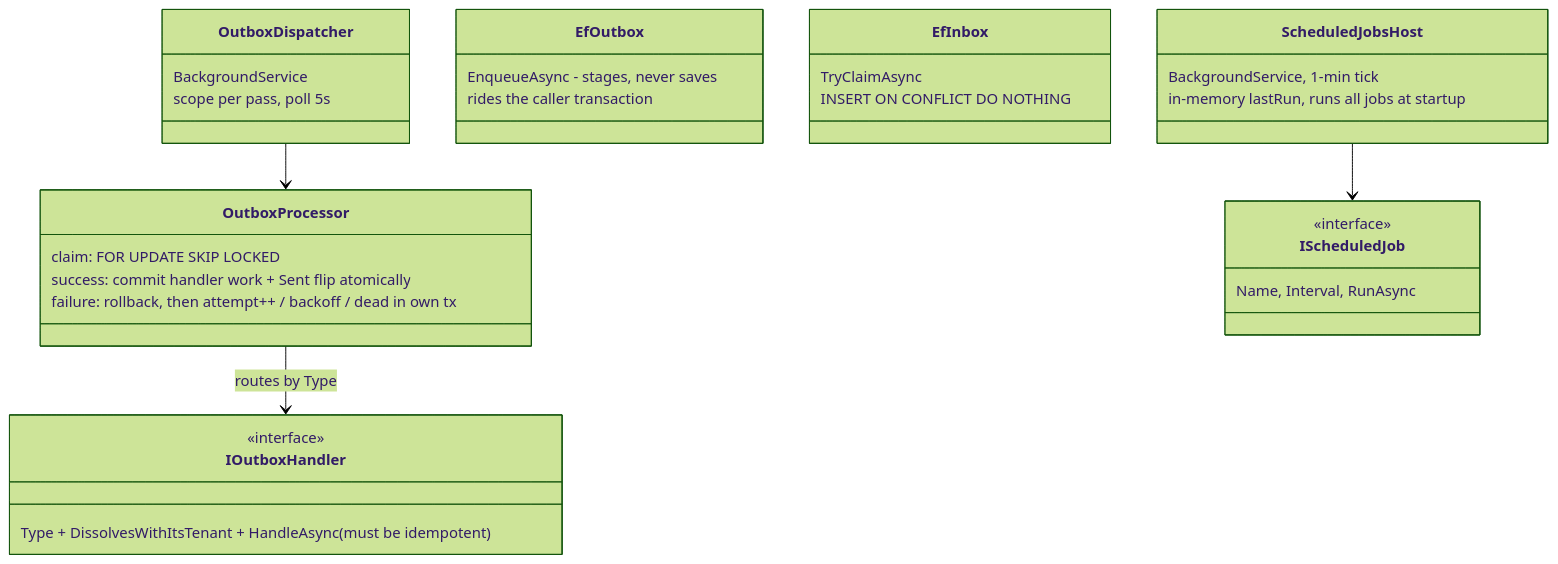
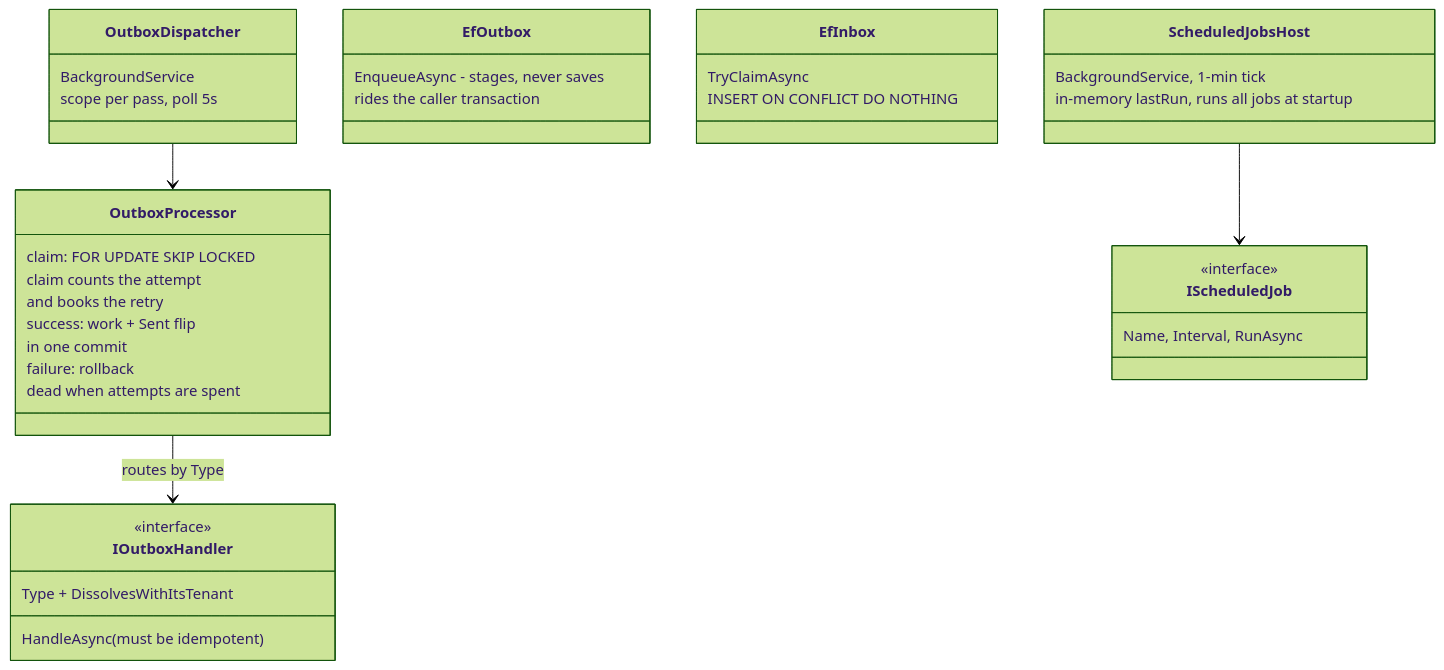
The fifth of 9 diagrams in docs/ARCHITECTURE.md (argamboad/perezosoft-platform), drawn with Mermaid (forest theme) before and after one commit. The commit also changed other lines of this file and 13 other files, not shown here.

First line of the commit message:
docs(course): diagrams re-rendered on Windows, two class diagrams made legible, the PDF regenerated

````diff
--- a/docs/ARCHITECTURE.md
+++ b/docs/ARCHITECTURE.md
@@ -210,35 +213,40 @@
 ```mermaid
 classDiagram
     class OutboxDispatcher {
         BackgroundService
         scope per pass, poll 5s
     }
     class OutboxProcessor {
         claim: FOR UPDATE SKIP LOCKED
-        success: commit handler work + Sent flip atomically
-        failure: rollback, then attempt++ / backoff / dead in own tx
+        claim counts the attempt
+        and books the retry
+        success: work + Sent flip
+        in one commit
+        failure: rollback
+        dead when attempts are spent
     }
     class IOutboxHandler {
         <<interface>>
-        Type + DissolvesWithItsTenant + HandleAsync (must be idempotent)
+        Type + DissolvesWithItsTenant
+        HandleAsync (must be idempotent)
     }
     class EfOutbox {
         EnqueueAsync - stages, never saves
         rides the caller transaction
     }
     class EfInbox {
         TryClaimAsync
         INSERT ON CONFLICT DO NOTHING
     }
     class ScheduledJobsHost {
         BackgroundService, 1-min tick
         in-memory lastRun, runs all jobs at startup
     }
     class IScheduledJob {
         <<interface>>
         Name, Interval, RunAsync
     }
     OutboxDispatcher --> OutboxProcessor
     OutboxProcessor --> IOutboxHandler : routes by Type
     ScheduledJobsHost --> IScheduledJob
 ```
````
